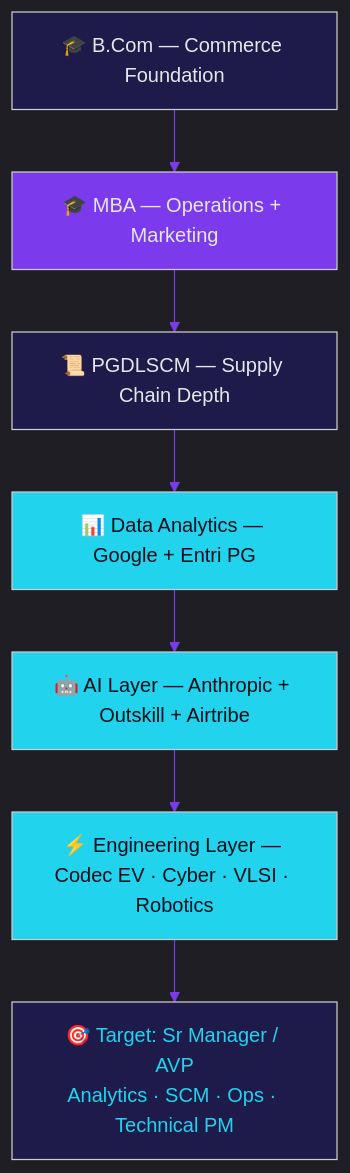
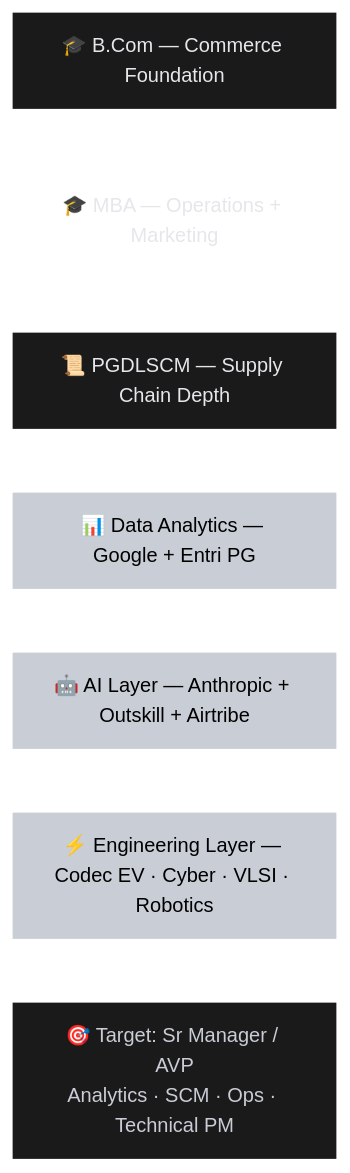
Before and after one commit to Eswar5313/Eswar5313: the diagram in EDUCATION.md, drawn with Mermaid. The commit also changed other lines of this file and 22 other files, not shown here.

````diff
--- a/EDUCATION.md
+++ b/EDUCATION.md
@@ -63,17 +61,17 @@
 ```mermaid
-%%{init: {'theme':'dark','themeVariables':{'primaryColor':'#1E1B4B','primaryTextColor':'#E5E7EB','primaryBorderColor':'#22D3EE','lineColor':'#7C3AED','cScale0':'#7C3AED','cScale1':'#22D3EE','cScale2':'#F472B6','cScale3':'#34D399','pie1':'#7C3AED','pie2':'#22D3EE','pie3':'#F472B6','pie4':'#34D399','pie5':'#A78BFA','pie6':'#FBBF24'}}}%%
+%%{init: {'theme':'base','themeVariables':{'primaryColor':'#222222','primaryTextColor':'#FFFFFF','primaryBorderColor':'#FFFFFF','lineColor':'#FFFFFF','secondaryColor':'#000000','tertiaryColor':'#1A1A1A','cScale0':'#222222','cScale1':'#3A3A3A','cScale2':'#1A1A1A','cScale3':'#2A2A2A','pie1':'#FFFFFF','pie2':'#C9CDD6','pie3':'#9A9A9A','pie4':'#6A6A6A','pie5':'#3A3A3A','pie6':'#1A1A1A','fontFamily':'Georgia, serif'}}}%%
 flowchart TD
     A[🎓 B.Com — Commerce Foundation] --> B[🎓 MBA — Operations + Marketing]
     B --> C[📜 PGDLSCM — Supply Chain Depth]
     C --> D[📊 Data Analytics — Google + Entri PG]
     D --> E[🤖 AI Layer — Anthropic + Outskill + Airtribe]
     E --> G[⚡ Engineering Layer — Codec EV · Cyber · VLSI · Robotics]
     G --> F[🎯 Target: Sr Manager / AVP\nAnalytics · SCM · Ops · Technical PM]
-    style A fill:#1E1B4B,color:#E5E7EB
-    style B fill:#7C3AED,color:#E5E7EB
-    style C fill:#1E1B4B,color:#E5E7EB
-    style D fill:#22D3EE,color:#0B0F1A
-    style E fill:#22D3EE,color:#0B0F1A
-    style G fill:#22D3EE,color:#0B0F1A
-    style F fill:#1E1B4B,color:#22D3EE
+    style A fill:#1A1A1A,color:#E5E7EB
+    style B fill:#FFFFFF,color:#E5E7EB
+    style C fill:#1A1A1A,color:#E5E7EB
+    style D fill:#C9CDD6,color:#000000
+    style E fill:#C9CDD6,color:#000000
+    style G fill:#C9CDD6,color:#000000
+    style F fill:#1A1A1A,color:#C9CDD6
 ```
````
